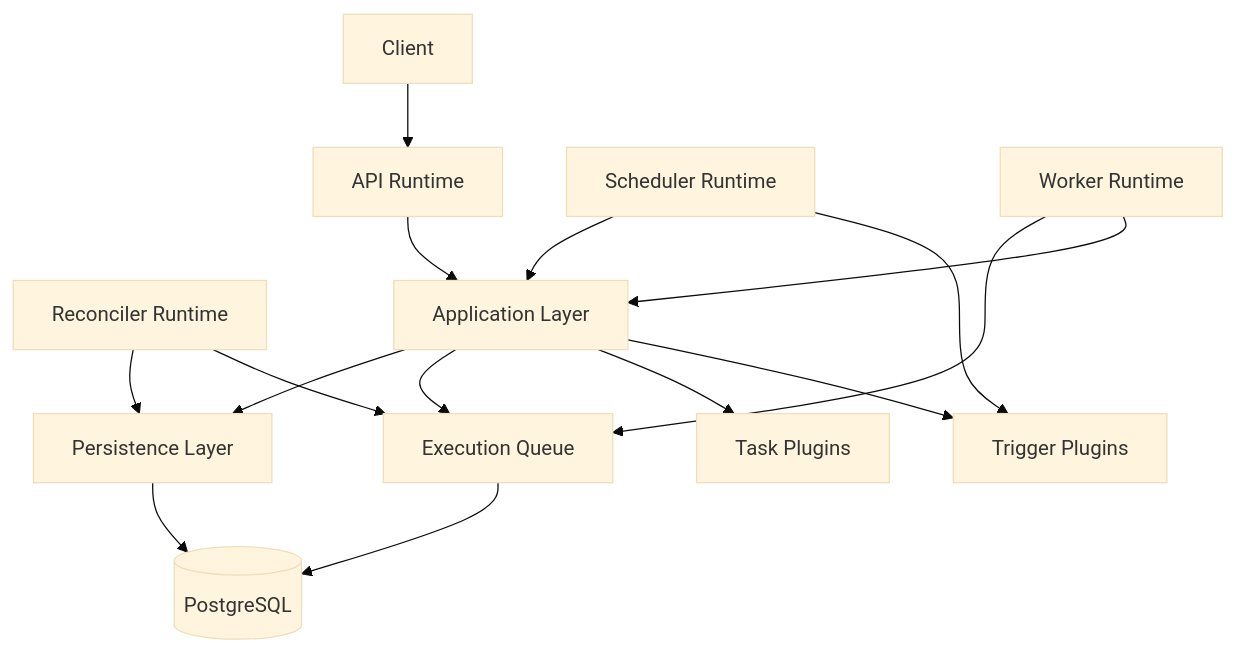
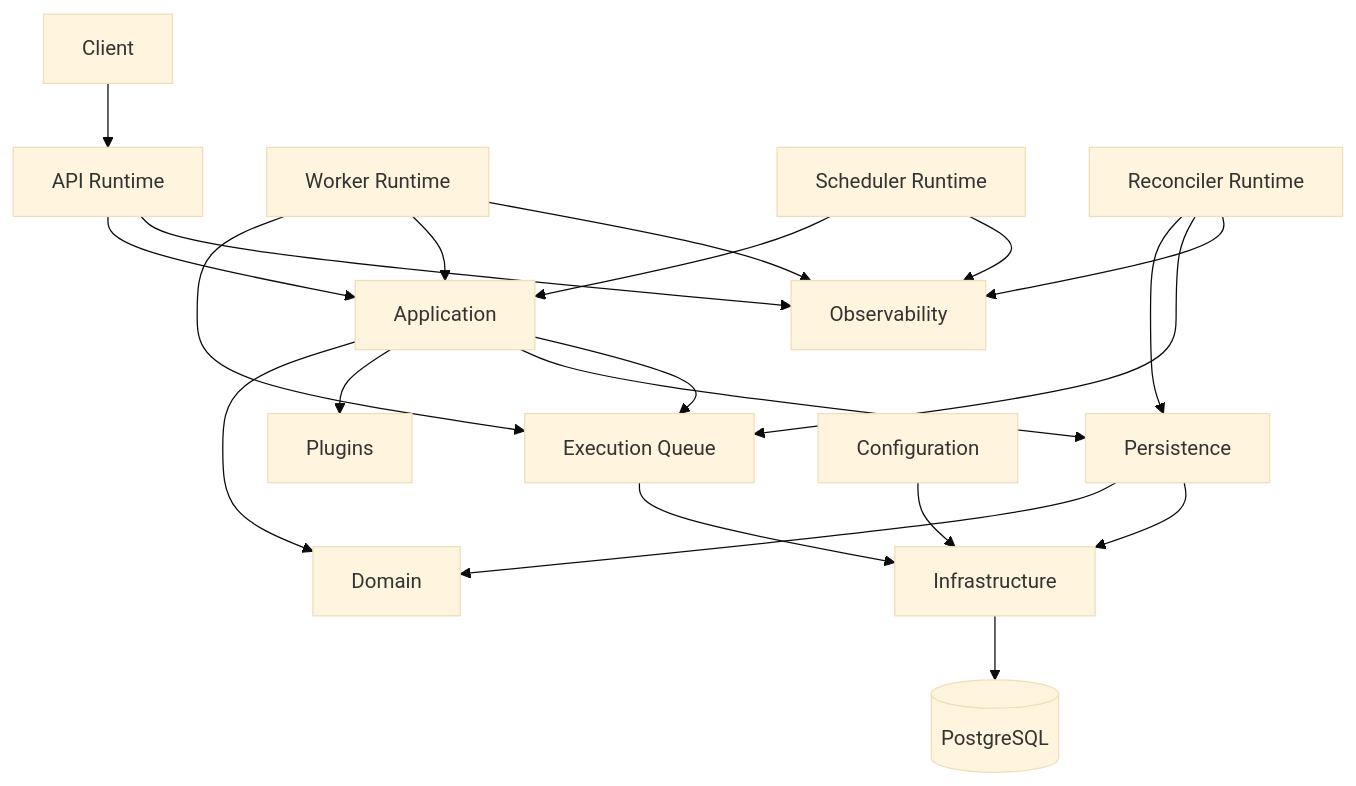
The diagram in docs/architecture/overview.md (Devin8407/Automation-Platform), drawn with Mermaid (base theme) before and after one commit. The commit also changed other lines of this file and 44 other files, not shown here.

````diff
--- a/docs/architecture/overview.md
+++ b/docs/architecture/overview.md
@@ -61,42 +61,54 @@
 ```mermaid
 flowchart TD
 
     Client["Client"]
 
     API["API Runtime"]
+    Worker["Worker Runtime"]
     Scheduler["Scheduler Runtime"]
-    Worker["Worker Runtime"]
     Reconciler["Reconciler Runtime"]
 
-    Application["Application Layer"]
+    Application["Application"]
 
+    Domain["Domain"]
+    Plugins["Plugins"]
+    Persistence["Persistence"]
     Queue["Execution Queue"]
 
-    Tasks["Task Plugins"]
-    Triggers["Trigger Plugins"]
-
-    Persistence["Persistence Layer"]
+    Config["Configuration"]
+    Infrastructure["Infrastructure"]
+    Observability["Observability"]
 
     DB[(PostgreSQL)]
 
     Client --> API
 
     API --> Application
 
-    Scheduler --> Application
-    Scheduler --> Triggers
-
     Worker --> Queue
     Worker --> Application
+
+    Scheduler --> Application
 
     Reconciler --> Persistence
     Reconciler --> Queue
 
+    Application --> Domain
+    Application --> Plugins
     Application --> Persistence
     Application --> Queue
-    Application --> Tasks
-    Application --> Triggers
 
-    Persistence --> DB
-    Queue --> DB
+    Persistence --> Domain
+    Persistence --> Infrastructure
+
+    Queue --> Infrastructure
+
+    Config --> Infrastructure
+
+    API --> Observability
+    Worker --> Observability
+    Scheduler --> Observability
+    Reconciler --> Observability
+
+    Infrastructure --> DB
 ```
````
